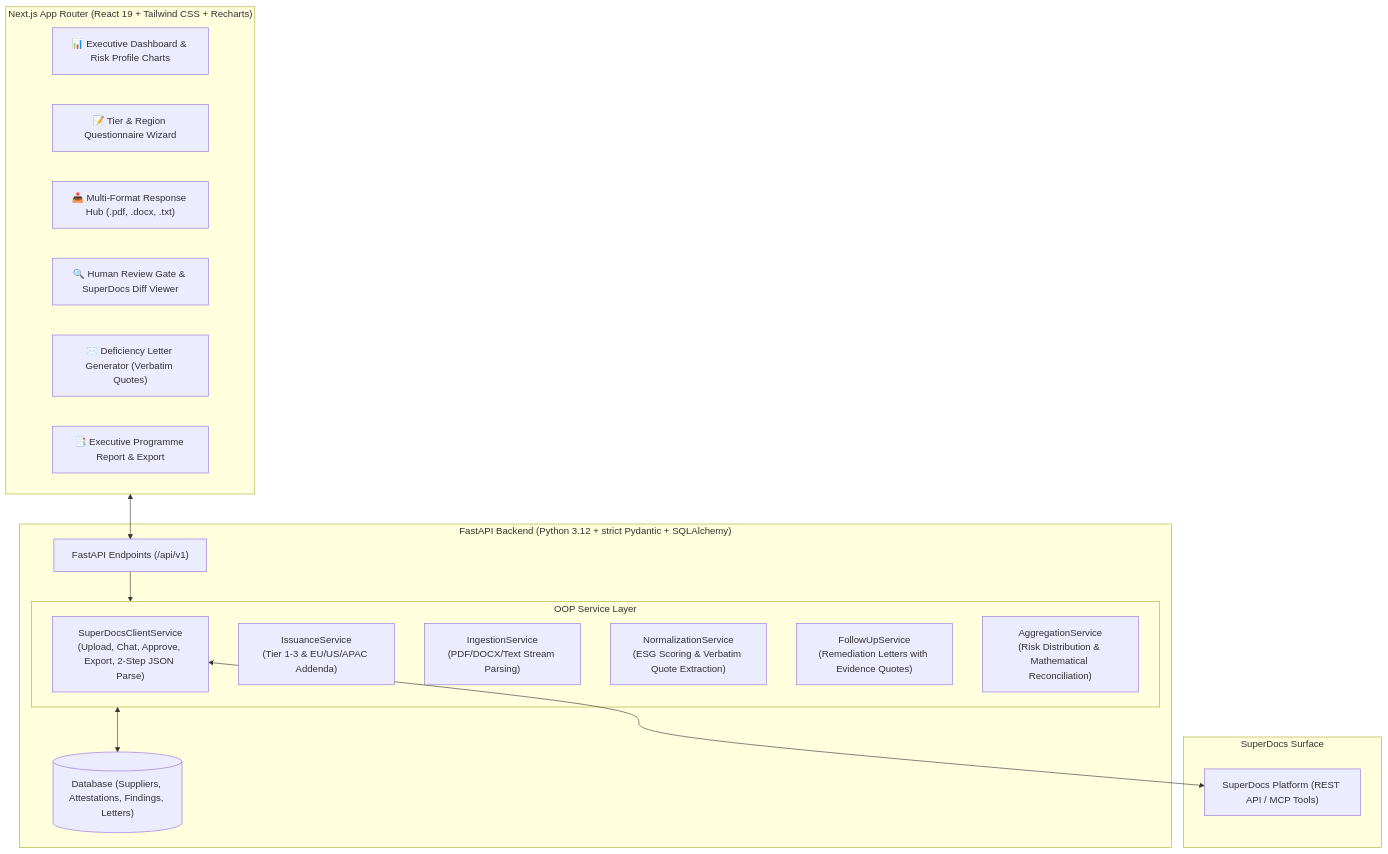
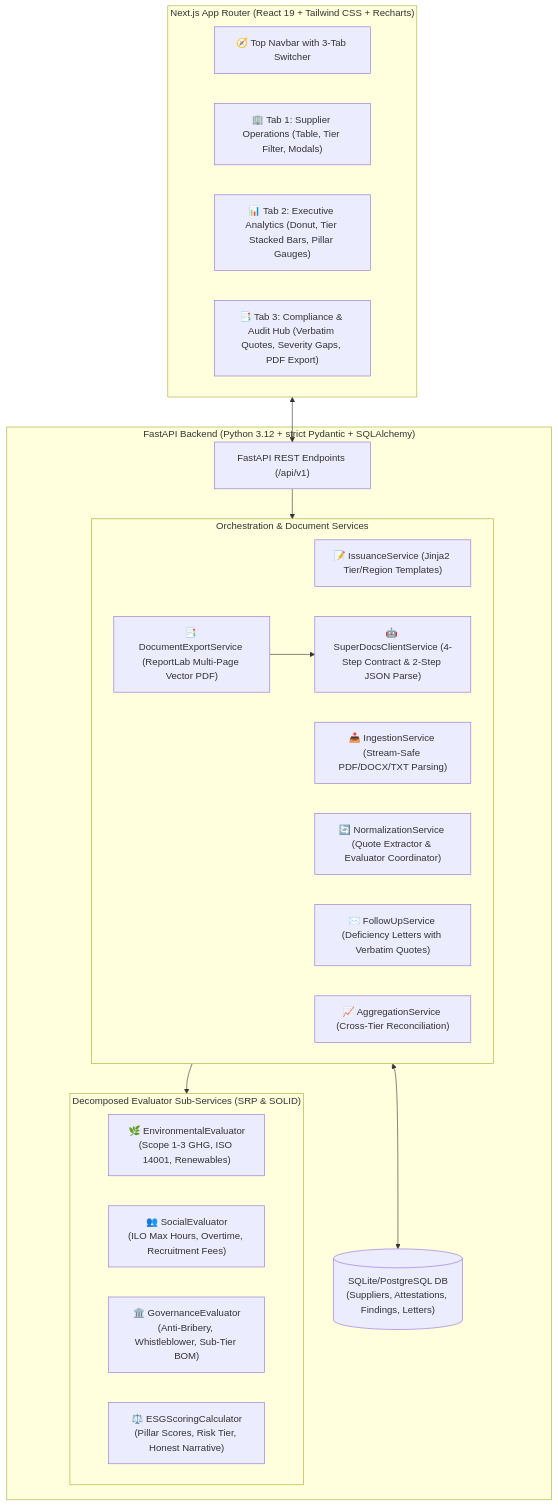
Before and after one commit to AkshatSoni26/superdocs-task2: the first of 2 diagrams in README.md, drawn with Mermaid. The commit also changed other lines of this file and 2 other files, not shown here.

First line of the commit message:
docs: comprehensive README with Mermaid diagrams, lifecycle state machine, and reset-db tooling

````diff
--- a/README.md
+++ b/README.md
@@ -11,35 +11,38 @@
 ```mermaid
 flowchart TD
-    subgraph UI ["Next.js App Router (React 19 + Tailwind CSS + Recharts)"]
-        Dashboard["📊 Executive Dashboard & Risk Profile Charts"]
-        Issuer["📝 Tier & Region Questionnaire Wizard"]
-        IngestHub["📥 Multi-Format Response Hub (.pdf, .docx, .txt)"]
-        ReviewGate["🔍 Human Review Gate & SuperDocs Diff Viewer"]
-        LetterGen["✉️ Deficiency Letter Generator (Verbatim Quotes)"]
-        ReportGen["📑 Executive Programme Report & Export"]
+    subgraph Frontend ["Next.js App Router (React 19 + Tailwind CSS + Recharts)"]
+        Nav["🧭 Top Navbar with 3-Tab Switcher"]
+        Tab1["🏢 Tab 1: Supplier Operations (Table, Tier Filter, Modals)"]
+        Tab2["📊 Tab 2: Executive Analytics (Donut, Tier Stacked Bars, Pillar Gauges)"]
+        Tab3["📑 Tab 3: Compliance & Audit Hub (Verbatim Quotes, Severity Gaps, PDF Export)"]
     end
 
     subgraph Backend ["FastAPI Backend (Python 3.12 + strict Pydantic + SQLAlchemy)"]
-        API["FastAPI Endpoints (/api/v1)"]
+        API["FastAPI REST Endpoints (/api/v1)"]
         
-        subgraph Services ["OOP Service Layer"]
-            SD_Client["SuperDocsClientService\n(Upload, Chat, Approve, Export, 2-Step JSON Parse)"]
-            Issuance["IssuanceService\n(Tier 1-3 & EU/US/APAC Addenda)"]
-            Ingestion["IngestionService\n(PDF/DOCX/Text Stream Parsing)"]
-            Norm["NormalizationService\n(ESG Scoring & Verbatim Quote Extraction)"]
-            FollowUp["FollowUpService\n(Remediation Letters with Evidence Quotes)"]
-            Aggregation["AggregationService\n(Risk Distribution & Mathematical Reconciliation)"]
+        subgraph Evaluators ["Decomposed Evaluator Sub-Services (SRP & SOLID)"]
+            EE["🌿 EnvironmentalEvaluator\n(Scope 1-3 GHG, ISO 14001, Renewables)"]
+            SE["👥 SocialEvaluator\n(ILO Max Hours, Overtime, Recruitment Fees)"]
+            GE["🏛️ GovernanceEvaluator\n(Anti-Bribery, Whistleblower, Sub-Tier BOM)"]
+            SC["⚖️ ESGScoringCalculator\n(Pillar Scores, Risk Tier, Honest Narrative)"]
+        end
+
+        subgraph CoreServices ["Orchestration & Document Services"]
+            Issuance["📝 IssuanceService (Jinja2 Tier/Region Templates)"]
+            Ingestion["📥 IngestionService (Stream-Safe PDF/DOCX/TXT Parsing)"]
+            Norm["🔄 NormalizationService (Quote Extractor & Evaluator Coordinator)"]
+            FollowUp["✉️ FollowUpService (Deficiency Letters with Verbatim Quotes)"]
+            Aggregation["📈 AggregationService (Cross-Tier Reconciliation)"]
+            DocExport["📑 DocumentExportService (ReportLab Multi-Page Vector PDF)"]
+            SD_Client["🤖 SuperDocsClientService (4-Step Contract & 2-Step JSON Parse)"]
         end
         
-        DB[("Database (Suppliers, Attestations, Findings, Letters)")]
+        DB[("SQLite/PostgreSQL DB\n(Suppliers, Attestations, Findings, Letters)")]
     end
 
-    subgraph SuperDocs ["SuperDocs Surface"]
-        SD_Engine["SuperDocs Platform (REST API / MCP Tools)"]
-    end
-
-    UI <--> API
-    API --> Services
-    Services <--> DB
-    SD_Client <--> SD_Engine
+    Frontend <--> API
+    API --> CoreServices
+    CoreServices --> Evaluators
+    CoreServices <--> DB
+    DocExport --> SD_Client
 ```
````
